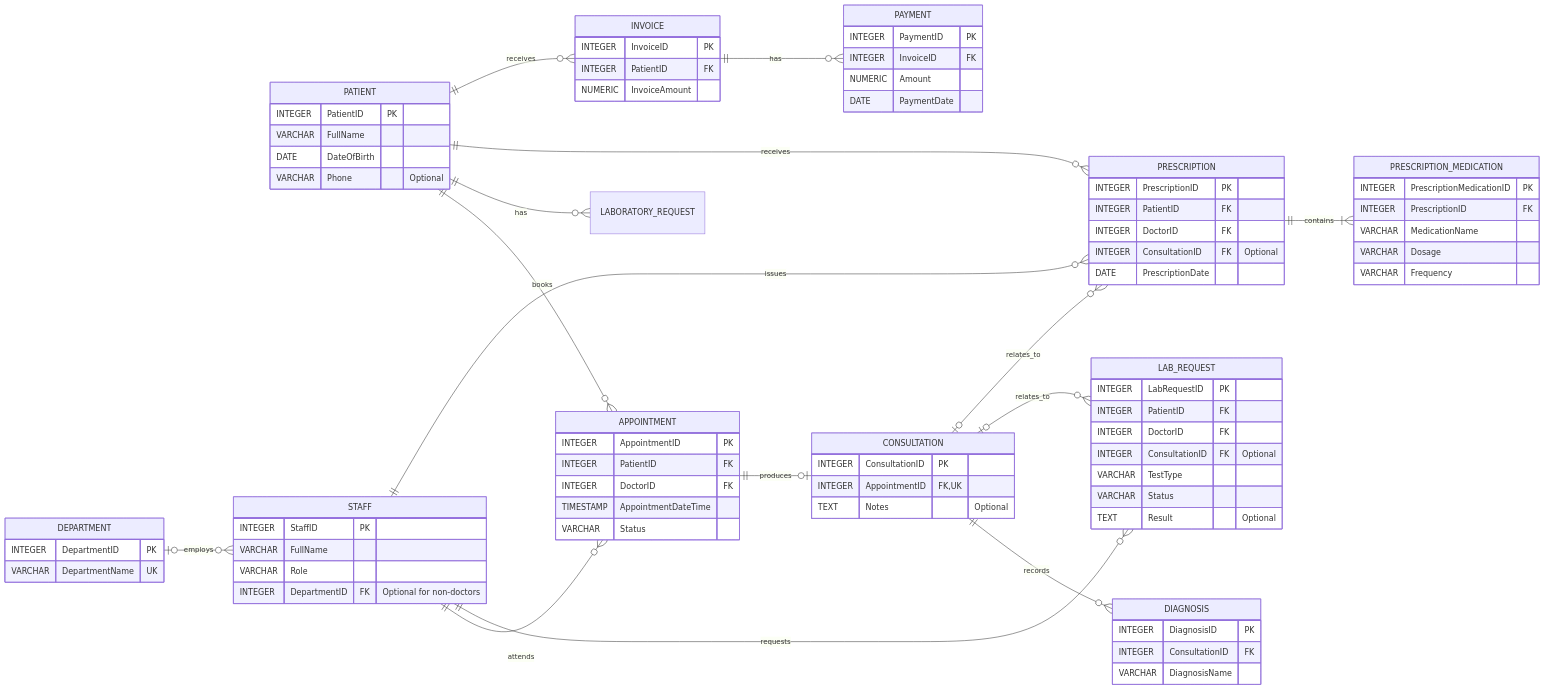
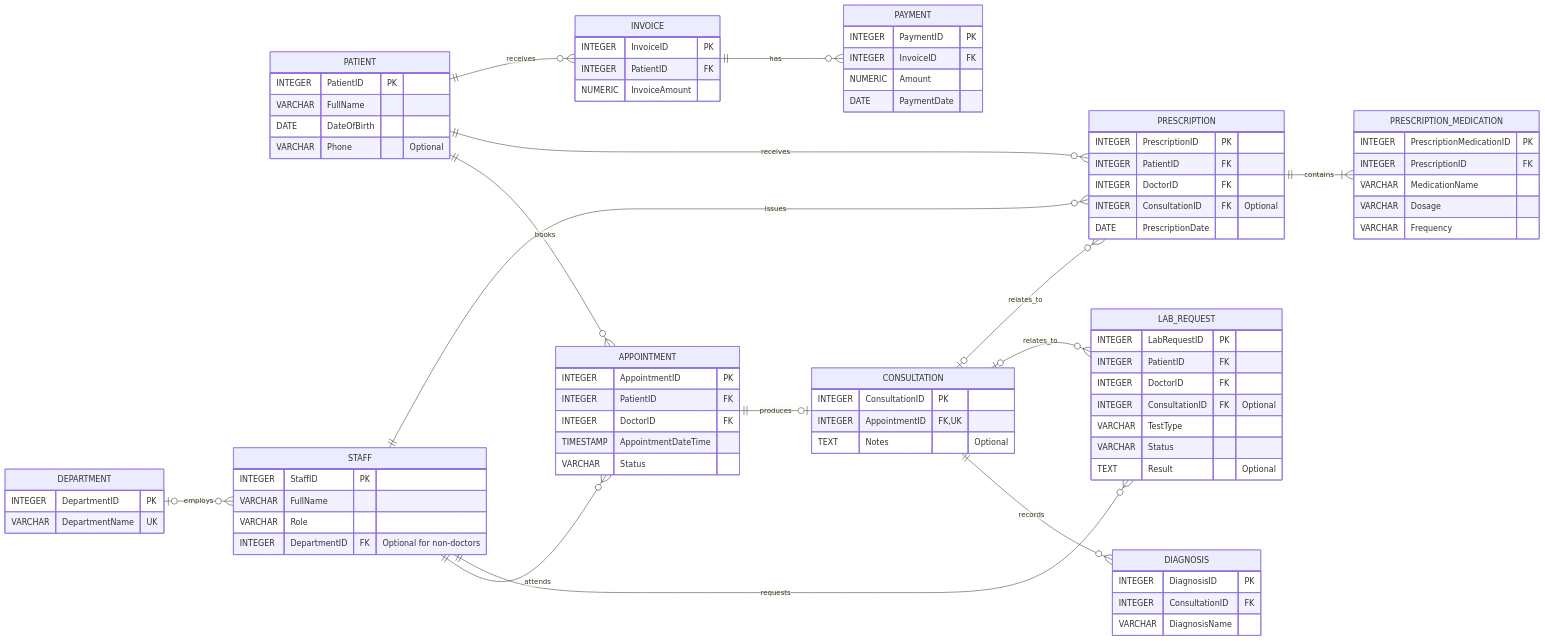
One commit to LanreFoan/Olanrewaju_Emmanuel_301929207 changed the diagram in portfolio-1-database-design/portfolio_1_ERDiagram.md. Above: the diagram before and after it, drawn with Mermaid.

Commit message:
Remove PATIENT to LABORATORY_REQUEST relationship
Removed relationship between PATIENT and LABORATORY_REQUEST.

```diff
--- a/portfolio-1-database-design/portfolio_1_ERDiagram.md
+++ b/portfolio-1-database-design/portfolio_1_ERDiagram.md
@@ -87,7 +87,6 @@
 	DEPARTMENT|o--o{STAFF:"employs"
 	APPOINTMENT||--o|CONSULTATION:"produces"
 	CONSULTATION||--o{DIAGNOSIS:"records"
-	PATIENT||--o{LABORATORY_REQUEST:"has"
 	STAFF||--o{LAB_REQUEST:"requests"
 	CONSULTATION|o--o{LAB_REQUEST:"relates_to"
 	PATIENT||--o{PRESCRIPTION:"receives"
```
